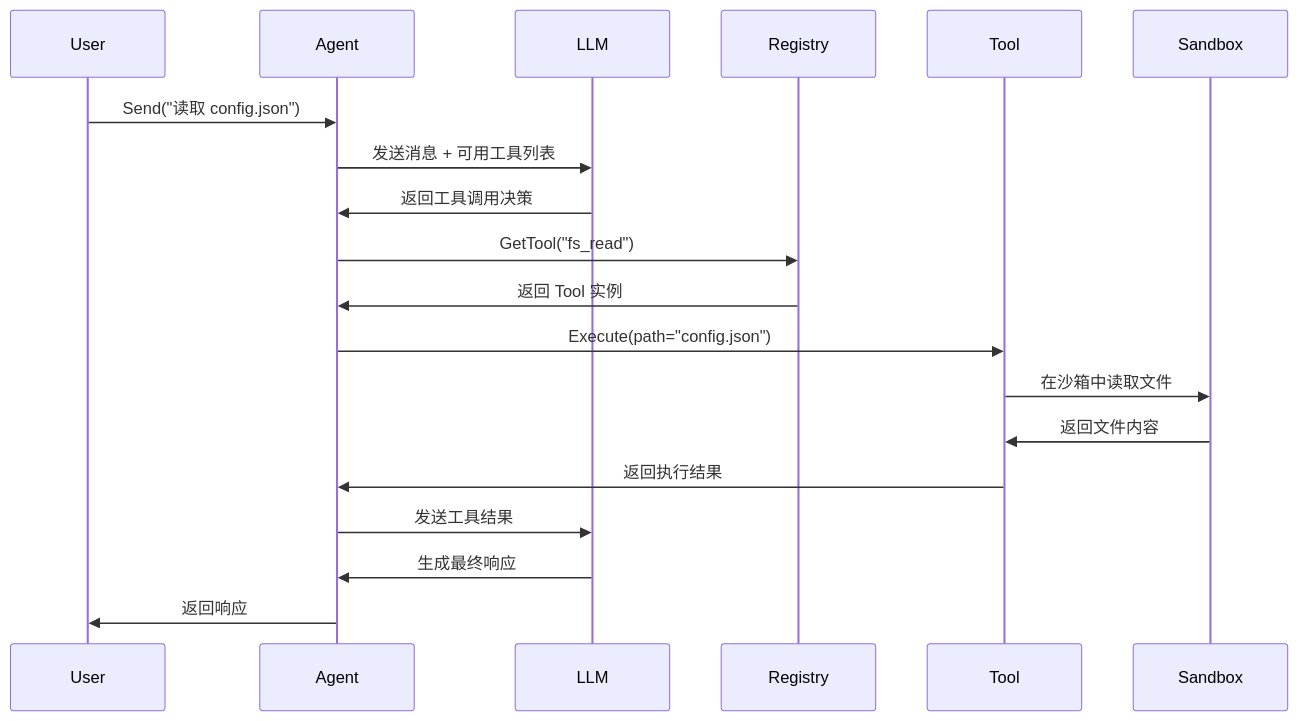
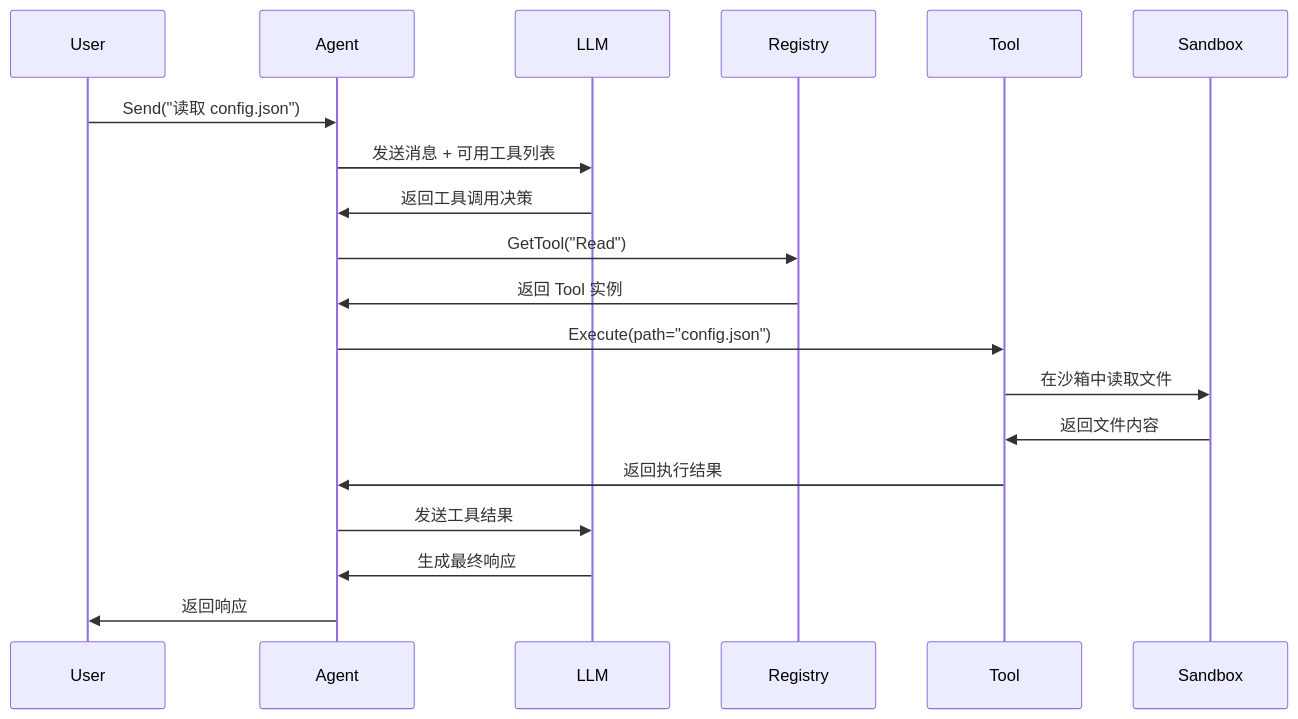
Before and after one commit to wordflowlab/agentsdk: the second of 2 diagrams in docs/content/05.tools/2.builtin/index.md, drawn with Mermaid. The commit also changed other lines of this file and 126 other files, not shown here.

````diff
--- a/docs/content/05.tools/2.builtin/index.md
+++ b/docs/content/05.tools/2.builtin/index.md
@@ -106,22 +106,22 @@
 ```mermaid
 sequenceDiagram
     participant User
     participant Agent
     participant LLM
     participant Registry
     participant Tool
     participant Sandbox
 
     User->>Agent: Send("读取 config.json")
     Agent->>LLM: 发送消息 + 可用工具列表
     LLM->>Agent: 返回工具调用决策
-    Agent->>Registry: GetTool("fs_read")
+    Agent->>Registry: GetTool("Read")
     Registry->>Agent: 返回 Tool 实例
     Agent->>Tool: Execute(path="config.json")
     Tool->>Sandbox: 在沙箱中读取文件
     Sandbox->>Tool: 返回文件内容
     Tool->>Agent: 返回执行结果
     Agent->>LLM: 发送工具结果
     LLM->>Agent: 生成最终响应
     Agent->>User: 返回响应
 ```
````
